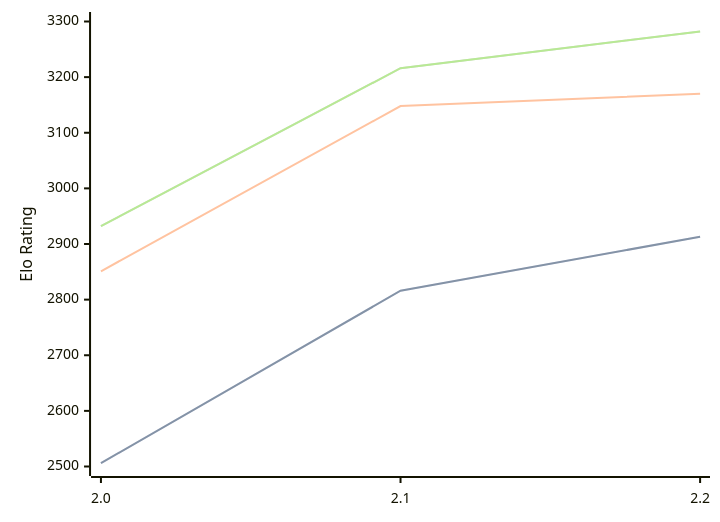
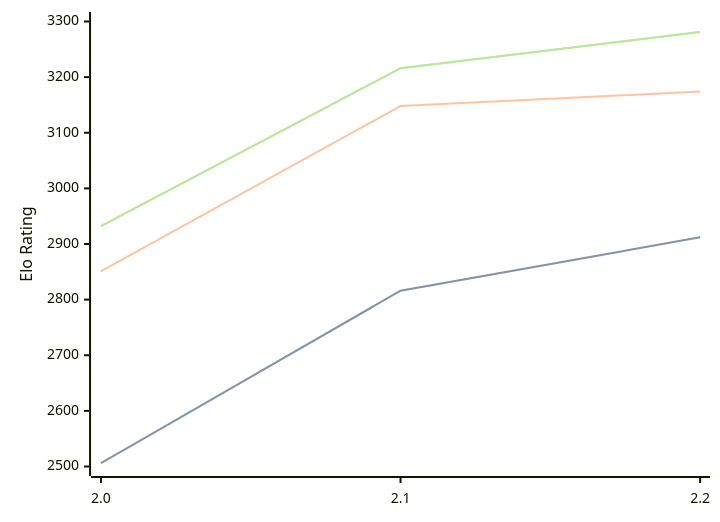
The diagram in engines/Tunguska.md (computer-chess-index/cci), drawn with Mermaid before and after one commit. The commit also changed other lines of this file, not shown here.

Commit message:
Update CCI Ratings (ELO VLTC) - 2026-09-17

````diff
--- a/engines/Tunguska.md
+++ b/engines/Tunguska.md
@@ -33,11 +33,11 @@
 ```mermaid
 %%{init: {"theme":"base","themeVariables":{"seriesColors:['#a3a3a3','#222221','#faa371']}}}%%
 xychart-beta
   x-axis ["2.0", "2.1", "2.2"]
   y-axis "Elo Rating" 2500 --> 3300
-  line "" [2506, 2816, 2913]
-  line "STC (8.0+0.08s)" [2506, 2816, 2913]
-  line "LTC (60.0+0.60s)" [2851, 3148, 3170]
-  line "" [2932, 3216, 3282]
-  line "VLTC (2m24s+1.12s)" [2932, 3216, 3282]
+  line "" [2506, 2816, 2912]
+  line "STC (8.0+0.08s)" [2506, 2816, 2912]
+  line "LTC (60.0+0.60s)" [2851, 3148, 3174]
+  line "" [2932, 3216, 3281]
+  line "VLTC (2m24s+1.12s)" [2932, 3216, 3281]
 ```
````
